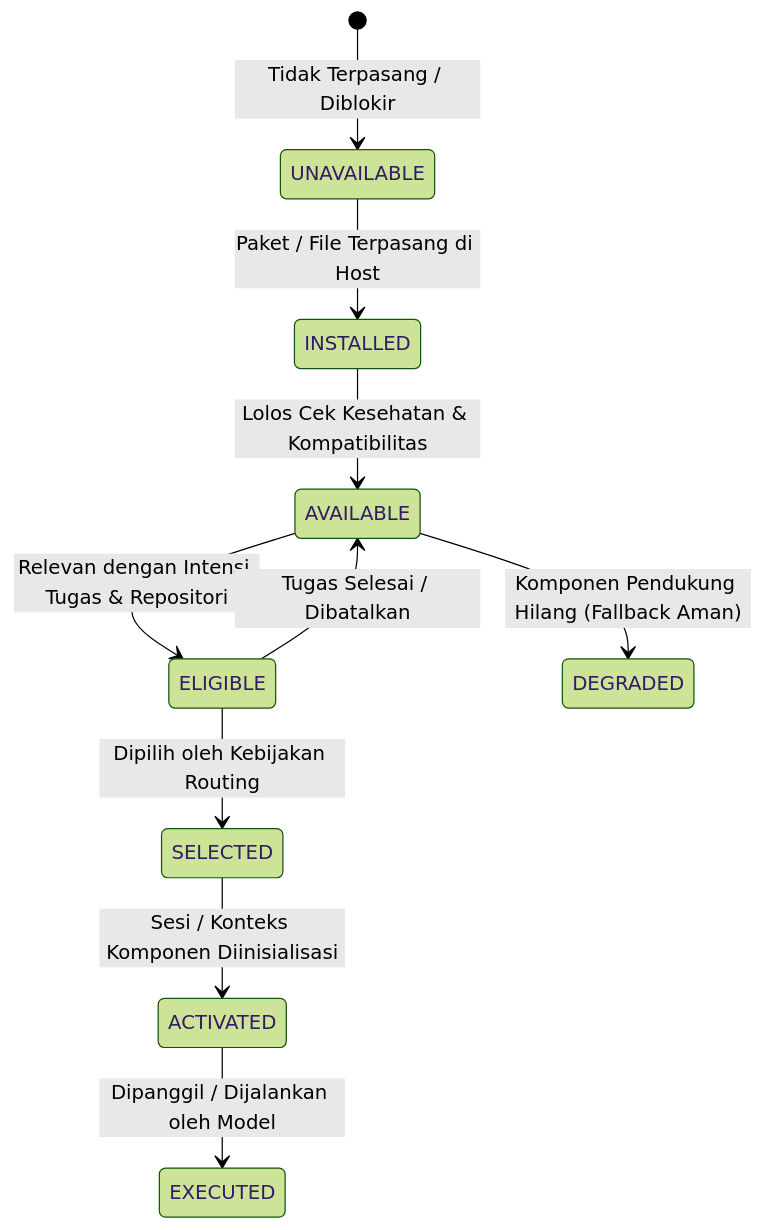
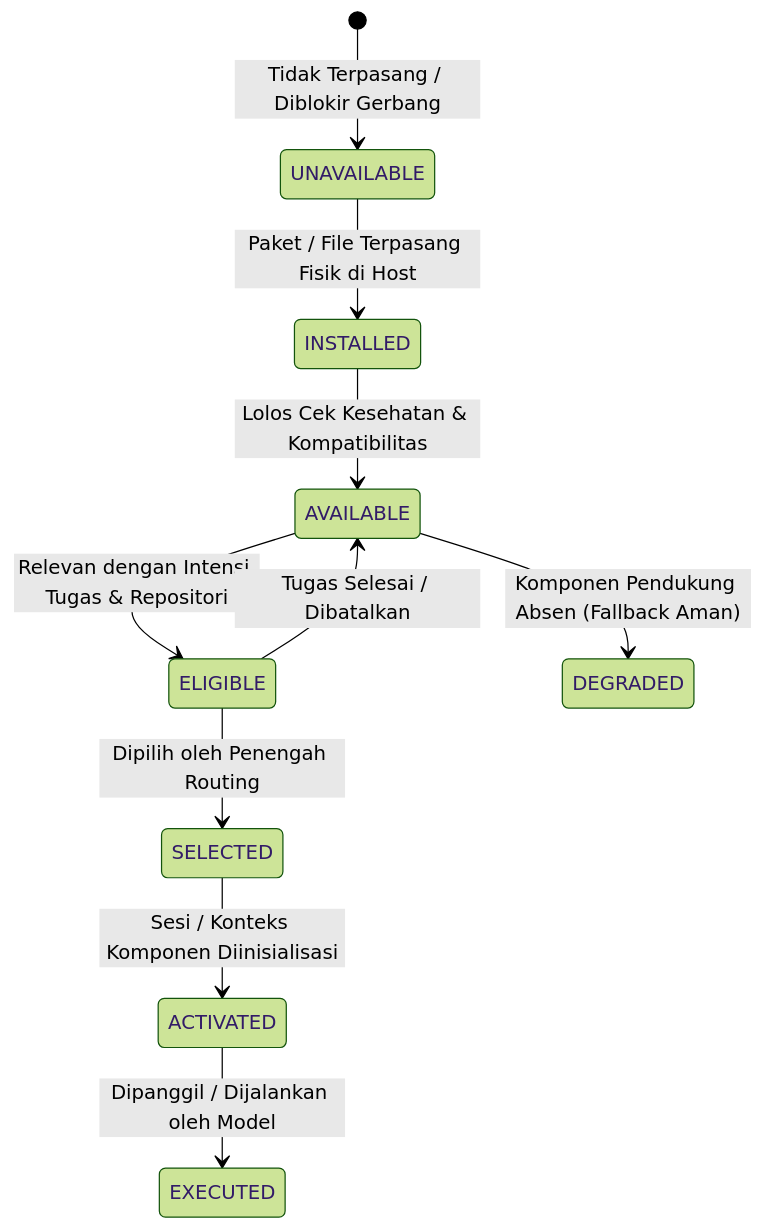
One commit to a5zero7/afyx-codex-engineering-kit changed the diagram in docs/AFYX_MODULAR_INTEGRATION_CONTRACT.md. Above: the diagram before and after it, drawn with Mermaid (forest theme). The commit also changed other lines of this file and 2 other files, not shown here.

````diff
--- a/docs/AFYX_MODULAR_INTEGRATION_CONTRACT.md
+++ b/docs/AFYX_MODULAR_INTEGRATION_CONTRACT.md
@@ -47,12 +58,12 @@
 ```mermaid
 stateDiagram-v2
-    [*] --> UNAVAILABLE: Tidak Terpasang / Diblokir
-    UNAVAILABLE --> INSTALLED: Paket / File Terpasang di Host
+    [*] --> UNAVAILABLE: Tidak Terpasang / Diblokir Gerbang
+    UNAVAILABLE --> INSTALLED: Paket / File Terpasang Fisik di Host
     INSTALLED --> AVAILABLE: Lolos Cek Kesehatan & Kompatibilitas
     AVAILABLE --> ELIGIBLE: Relevan dengan Intensi Tugas & Repositori
-    ELIGIBLE --> SELECTED: Dipilih oleh Kebijakan Routing
+    ELIGIBLE --> SELECTED: Dipilih oleh Penengah Routing
     SELECTED --> ACTIVATED: Sesi / Konteks Komponen Diinisialisasi
     ACTIVATED --> EXECUTED: Dipanggil / Dijalankan oleh Model
-    AVAILABLE --> DEGRADED: Komponen Pendukung Hilang (Fallback Aman)
+    AVAILABLE --> DEGRADED: Komponen Pendukung Absen (Fallback Aman)
     ELIGIBLE --> AVAILABLE: Tugas Selesai / Dibatalkan
 ```
````
